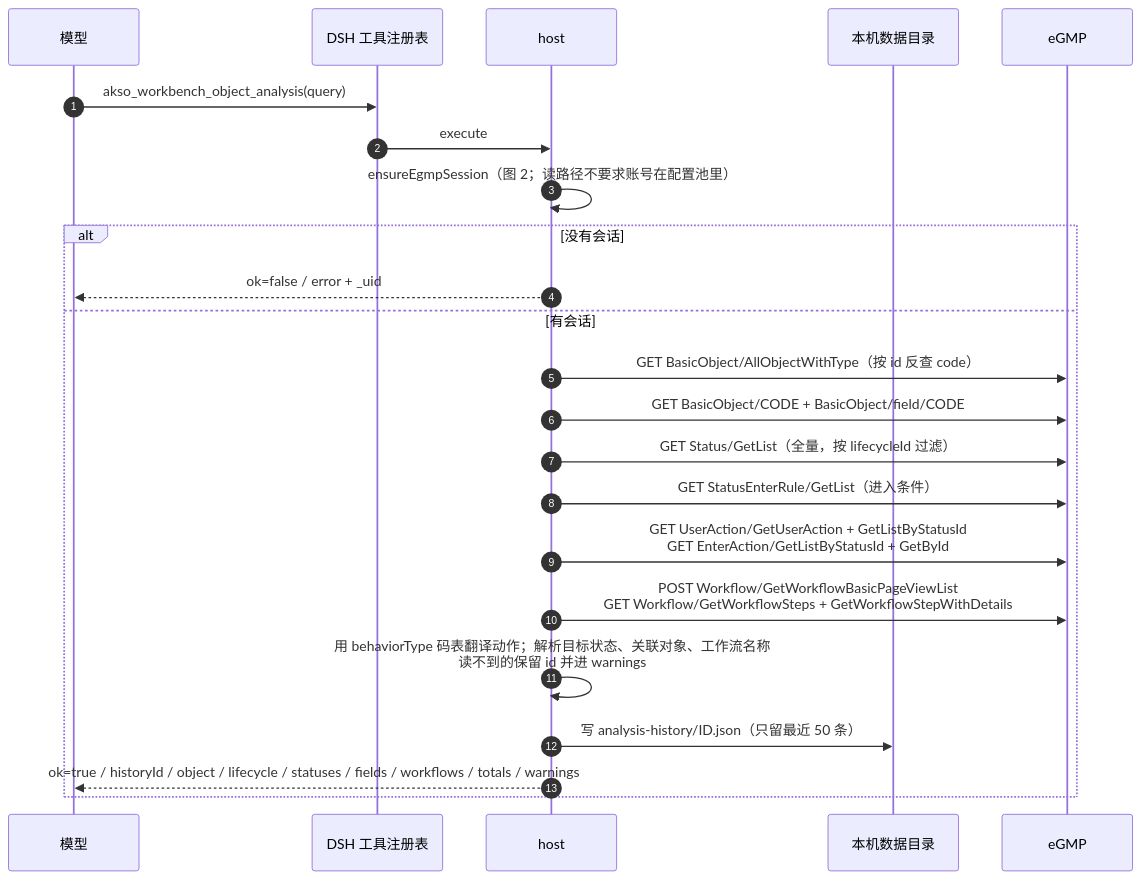
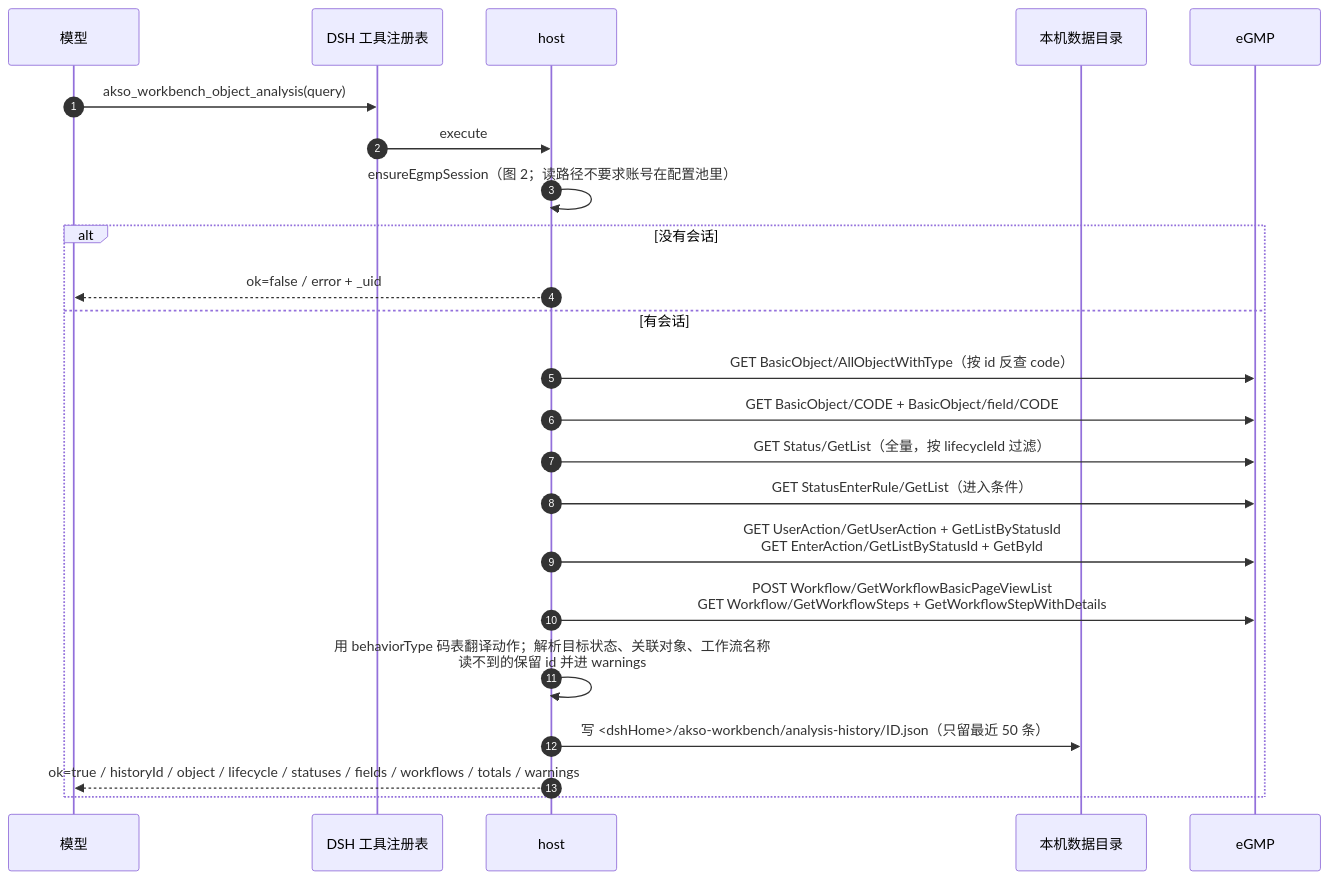
One commit to jizi-dragon/akso-workbench changed the seventh of 8 diagrams in docs/knowledge/agent调用时序.md. Above: the diagram before and after it, drawn with Mermaid. The commit also changed other lines of this file and 10 other files, not shown here.

Commit message:
fix(history): 分析历史恢复到 DSH_HOME（0.2.8）

````diff
--- a/docs/knowledge/agent调用时序.md
+++ b/docs/knowledge/agent调用时序.md
@@ -350,26 +350,26 @@
 ```mermaid
 sequenceDiagram
     autonumber
     participant A as 模型
     participant D as DSH 工具注册表
     participant H as host
     participant F as 本机数据目录
     participant E as eGMP
 
     A->>D: akso_workbench_object_analysis(query)
     D->>H: execute
     H->>H: ensureEgmpSession（图 2；读路径不要求账号在配置池里）
     alt 没有会话
         H-->>A: ok=false / error + _uid
     else 有会话
         H->>E: GET BasicObject/AllObjectWithType（按 id 反查 code）
         H->>E: GET BasicObject/CODE + BasicObject/field/CODE
         H->>E: GET Status/GetList（全量，按 lifecycleId 过滤）
         H->>E: GET StatusEnterRule/GetList（进入条件）
         H->>E: GET UserAction/GetUserAction + GetListByStatusId<br/>GET EnterAction/GetListByStatusId + GetById
         H->>E: POST Workflow/GetWorkflowBasicPageViewList<br/>GET Workflow/GetWorkflowSteps + GetWorkflowStepWithDetails
         H->>H: 用 behaviorType 码表翻译动作；解析目标状态、关联对象、工作流名称<br/>读不到的保留 id 并进 warnings
-        H->>F: 写 analysis-history/ID.json（只留最近 50 条）
+        H->>F: 写 <dshHome>/akso-workbench/analysis-history/ID.json（只留最近 50 条）
         H-->>A: ok=true / historyId / object / lifecycle / statuses / fields / workflows / totals / warnings
     end
 ```
````
